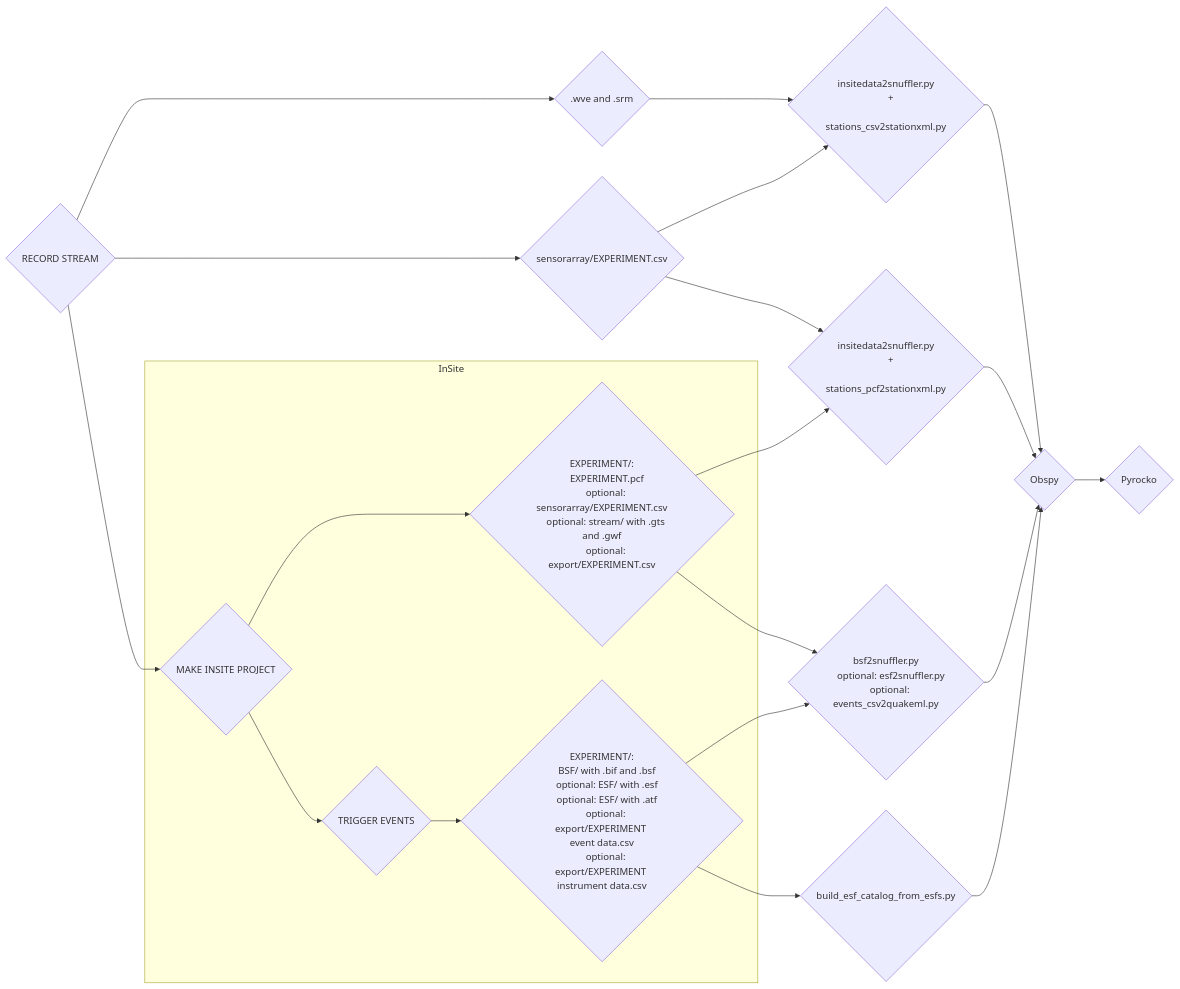
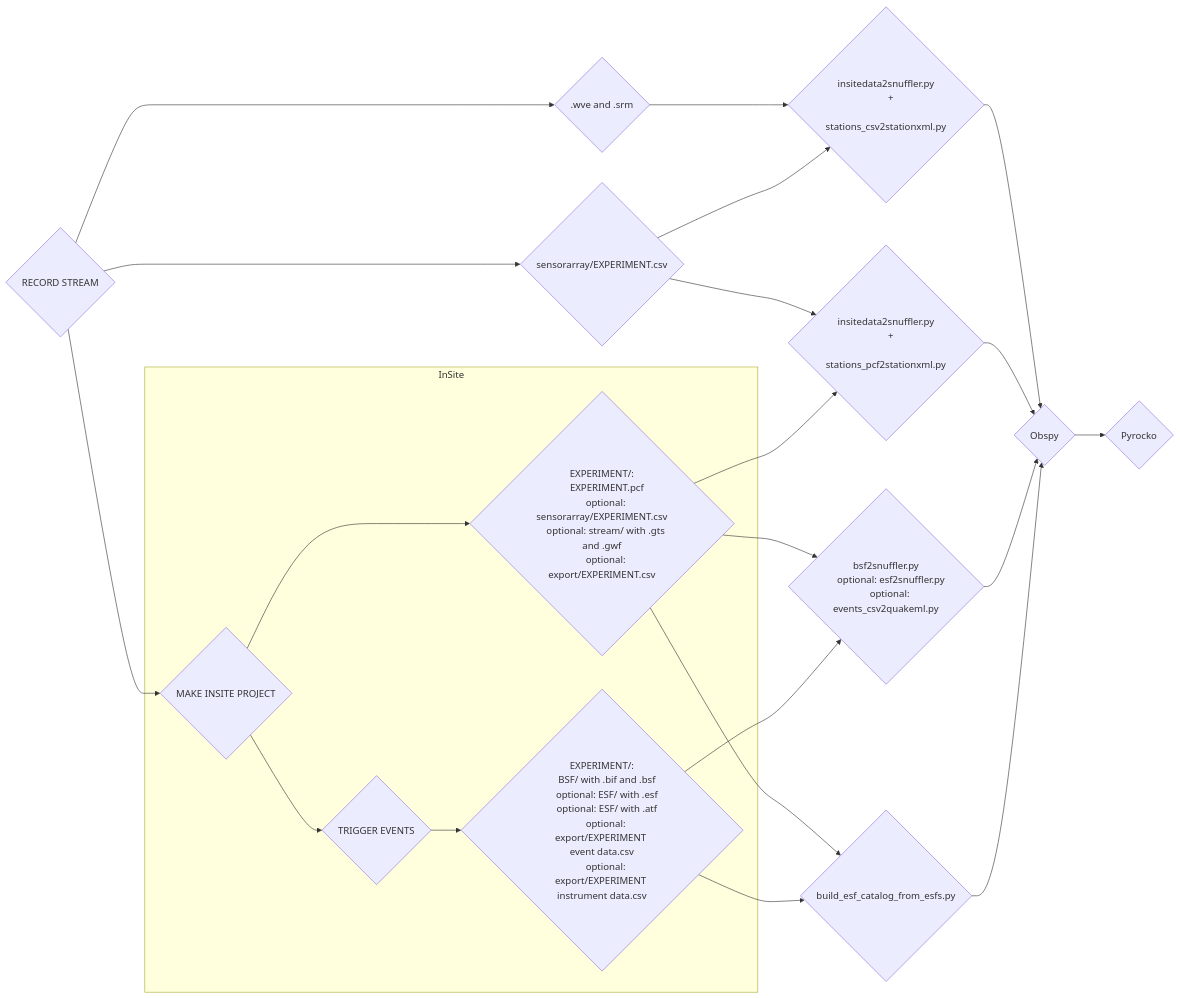
Before and after one commit to hpht-rockearthquakemechanics/richterpy: the diagram in RICHTER.md, drawn with Mermaid. The commit also changed 7 other files, not shown here.

````diff
--- a/RICHTER.md
+++ b/RICHTER.md
@@ -1,72 +1,72 @@
 ```mermaid
   graph LR;
       A-->A1 & A2;
       A-->B
       subgraph InSite
       B-->B1;
       B-->C
       C-->C1;
       end
       A1 & A2 --> O1
       A2 & B1 --> O2
       B1 & C1 --> O3
-      C1 --> O4
+      B1 & C1 --> O4
       O1 & O2 & O3 & O4 --> O;
       O-->P;
 
 A{
     RECORD STREAM
 }
 A1{
     .wve and .srm
 }
 A2{    
     sensorarray/EXPERIMENT.csv
 }
 B{
     MAKE INSITE PROJECT
 }
 B1{
     EXPERIMENT/:
     EXPERIMENT.pcf
     optional: sensorarray/EXPERIMENT.csv
     optional: stream/ with .gts and .gwf
     optional: export/EXPERIMENT.csv
 }
 C{
     TRIGGER EVENTS
 }
 C1{
     EXPERIMENT/:
     BSF/ with .bif and .bsf
     optional: ESF/ with .esf
     optional: ESF/ with .atf
     optional: export/EXPERIMENT event data.csv
     optional: export/EXPERIMENT instrument data.csv
 }
 O1{
     insitedata2snuffler.py
     +
     stations_csv2stationxml.py
 }
 O2{
     insitedata2snuffler.py
     +
     stations_pcf2stationxml.py
 }
 O3{
     bsf2snuffler.py
     optional: esf2snuffler.py
     optional: events_csv2quakeml.py
 
 }
 O4{
     build_esf_catalog_from_esfs.py
 }
 O{
     Obspy
 }
 P{
     Pyrocko
 }
 ```
````
